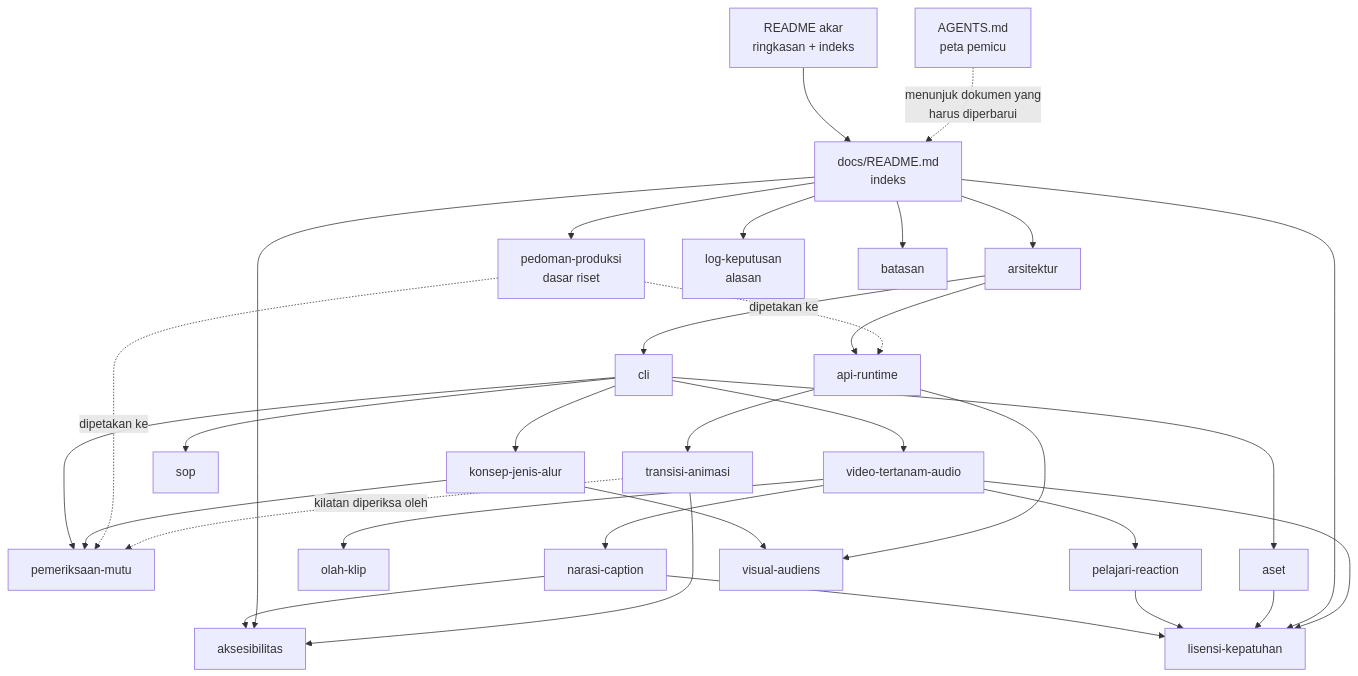
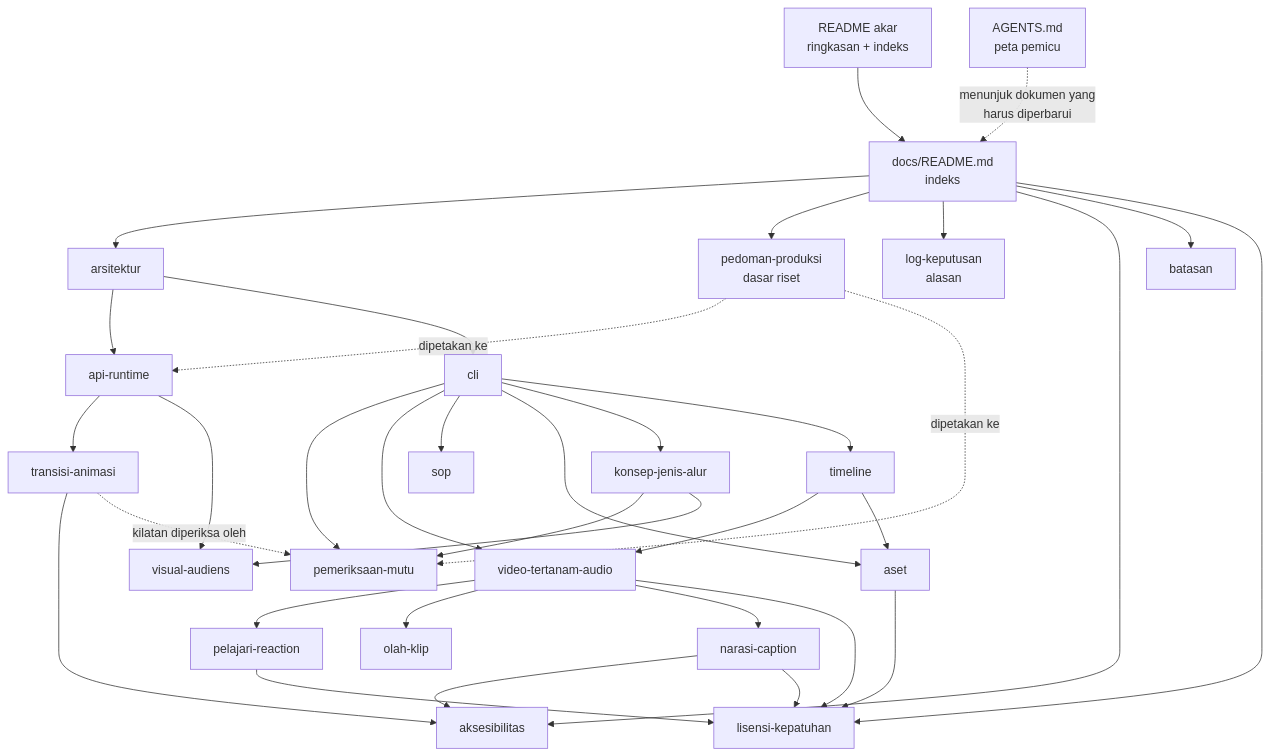
The diagram in docs/README.md (ahliweb/awvd), drawn with Mermaid before and after one commit. The commit also changed other lines of this file and 21 other files, not shown here.

Commit message:
feat: skema dan validator timeline.json (bun run timeline periksa)

````diff
--- a/docs/README.md
+++ b/docs/README.md
@@ -42,34 +43,37 @@
 ```mermaid
 flowchart TD
     R[README akar<br/>ringkasan + indeks] --> I[docs/README.md<br/>indeks]
     I --> A[arsitektur]
     A --> API[api-runtime]
     API --> TRA[transisi-animasi]
     A --> CLI[cli]
     CLI --> QC[pemeriksaan-mutu]
     CLI --> KLP[video-tertanam-audio]
     KLP --> PLJ[pelajari-reaction]
     KLP --> OLH[olah-klip]
     KLP --> NAR[narasi-caption]
     NAR --> AKS
     NAR --> LIS
     PLJ --> LIS
     CLI --> SOP[sop]
     CLI --> ASET[aset]
     ASET --> LIS
     CLI --> KON[konsep-jenis-alur]
     KON --> QC
+    CLI --> TML[timeline]
+    TML --> KLP
+    TML --> ASET
     KON --> VIS[visual-audiens]
     API --> VIS
     I --> PP[pedoman-produksi<br/>dasar riset]
     I --> LK[log-keputusan<br/>alasan]
     I --> AKS[aksesibilitas]
     TRA --> AKS
     I --> BAT[batasan]
     I --> LIS[lisensi-kepatuhan]
     KLP --> LIS
     PP -.->|dipetakan ke| API
     PP -.->|dipetakan ke| QC
     TRA -.->|kilatan diperiksa oleh| QC
     AG[AGENTS.md<br/>peta pemicu] -.->|menunjuk dokumen yang<br/>harus diperbarui| I
 ```
````
